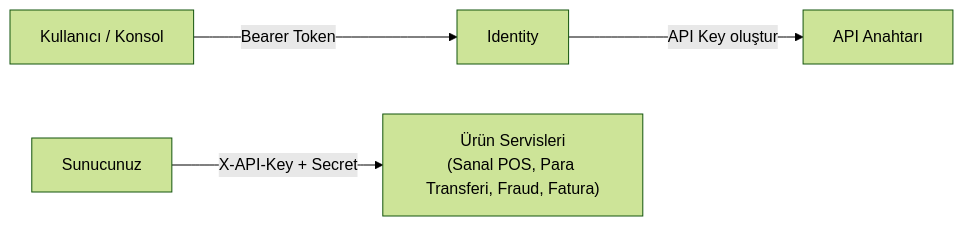
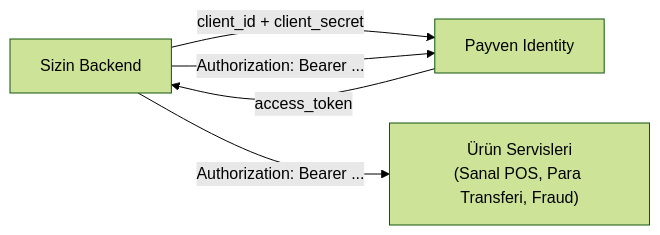
The diagram in identity/overview.mdx (payment-pos/mintlify), drawn with Mermaid (forest theme) before and after one commit. The commit also changed other lines of this file and 73 other files, not shown here.

````diff
--- a/identity/overview.mdx
+++ b/identity/overview.mdx
@@ -59,6 +53,7 @@
 ```mermaid
 flowchart LR
-    User["Kullanıcı / Konsol"] -->|"Bearer Token"| ID["Identity"]
-    ID -->|"API Key oluştur"| Key["API Anahtarı"]
-    Server["Sunucunuz"] -->|"X-API-Key + Secret"| Products["Ürün Servisleri<br/>(Sanal POS, Para Transferi, Fraud, Fatura)"]
+    Client["Sizin Backend"] -->|"client_id + client_secret"| ID["Payven Identity"]
+    ID -->|"access_token"| Client
+    Client -->|"Authorization: Bearer ..."| Products["Ürün Servisleri<br/>(Sanal POS, Para Transferi, Fraud)"]
+    Client -->|"Authorization: Bearer ..."| ID
 ```
````
